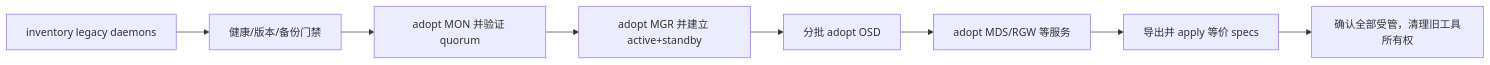
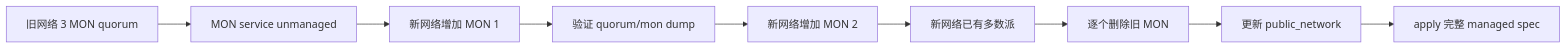
One commit to brinnatt/kubeauto changed diagram 17 of 43 in docs/storage/ceph/02-cephadm.md. Above: the diagram before and after it, drawn with Mermaid. The commit also changed other lines of this file and 1 other file, not shown here.

````diff
--- a/docs/storage/ceph/02-cephadm.md
+++ b/docs/storage/ceph/02-cephadm.md
@@ -454,10 +812,11 @@
 ```mermaid
 flowchart LR
-  I[inventory legacy daemons] --> H[健康/版本/备份门禁]
-  H --> M[adopt MON 并验证 quorum]
-  M --> G[adopt MGR 并建立 active+standby]
-  G --> O[分批 adopt OSD]
-  O --> S[adopt MDS/RGW 等服务]
-  S --> P[导出并 apply 等价 specs]
-  P --> C[确认全部受管，清理旧工具所有权]
+  Q0[旧网络 3 MON quorum] --> U[MON service unmanaged]
+  U --> N1[新网络增加 MON 1]
+  N1 --> V1[验证 quorum/mon dump]
+  V1 --> N2[新网络增加 MON 2]
+  N2 --> V2[新网络已有多数派]
+  V2 --> R[逐个删除旧 MON]
+  R --> P[更新 public_network]
+  P --> S[apply 完整 managed spec]
 ```
````
